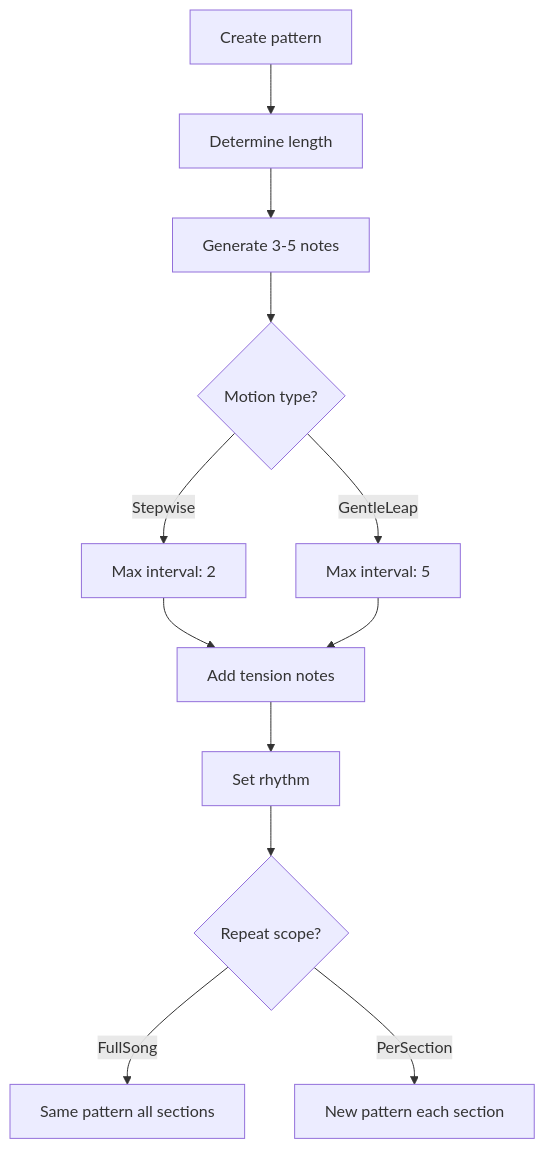
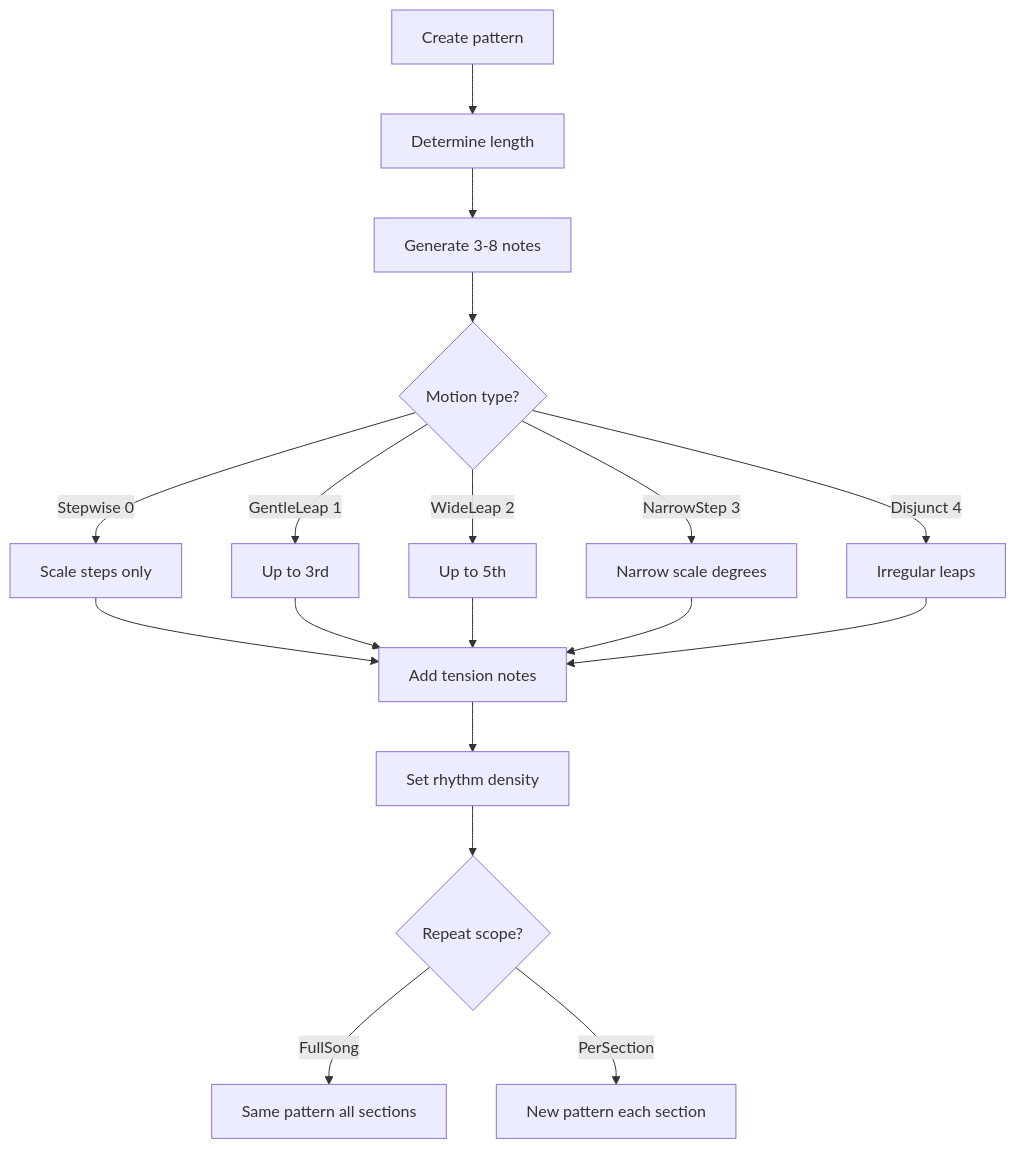
Before and after one commit to libraz/midi-sketch-homepage: the eighth of 9 diagrams in src/docs/track-generators.md, drawn with Mermaid. The commit also changed other lines of this file and 24 other files, not shown here.

````diff
--- a/src/docs/track-generators.md
+++ b/src/docs/track-generators.md
@@ -610,14 +678,20 @@
 ```mermaid
 flowchart TD
     A[Create pattern] --> B[Determine length]
-    B --> C[Generate 3-5 notes]
+    B --> C[Generate 3-8 notes]
     C --> D{Motion type?}
-    D -->|Stepwise| E[Max interval: 2]
-    D -->|GentleLeap| F[Max interval: 5]
+    D -->|Stepwise 0| E[Scale steps only]
+    D -->|GentleLeap 1| F[Up to 3rd]
+    D -->|WideLeap 2| G2[Up to 5th]
+    D -->|NarrowStep 3| G3[Narrow scale degrees]
+    D -->|Disjunct 4| G4[Irregular leaps]
     E --> G[Add tension notes]
     F --> G
-    G --> H[Set rhythm]
+    G2 --> G
+    G3 --> G
+    G4 --> G
+    G --> H[Set rhythm density]
     H --> I{Repeat scope?}
     I -->|FullSong| J[Same pattern all sections]
     I -->|PerSection| K[New pattern each section]
 ```
````
